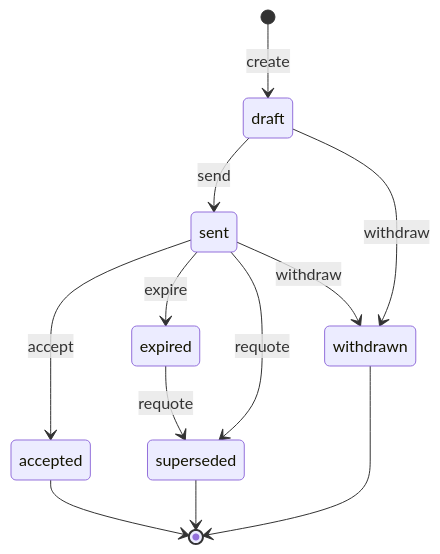
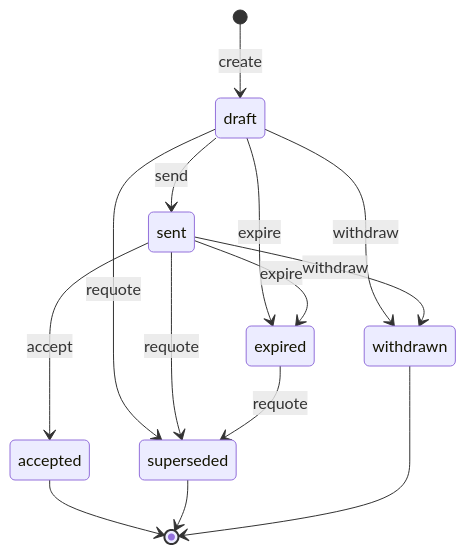
One commit to techaust/shakti_prime changed the diagram in docs/state-machines/quote.md. Above: the diagram before and after it, drawn with Mermaid. The commit also changed other lines of this file and 25 other files, not shown here.

````diff
--- a/docs/state-machines/quote.md
+++ b/docs/state-machines/quote.md
@@ -41,14 +41,16 @@
 ```mermaid
 stateDiagram-v2
   [*] --> draft : create
   draft --> sent : send
   sent --> accepted : accept
+  draft --> expired : expire
   sent --> expired : expire
+  draft --> superseded : requote
   sent --> superseded : requote
   expired --> superseded : requote
   draft --> withdrawn : withdraw
   sent --> withdrawn : withdraw
   accepted --> [*]
   superseded --> [*]
   withdrawn --> [*]
 ```
````
